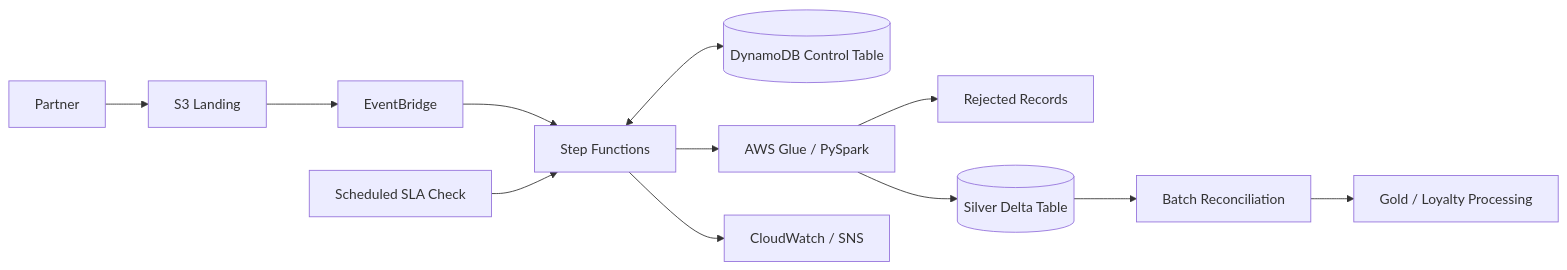
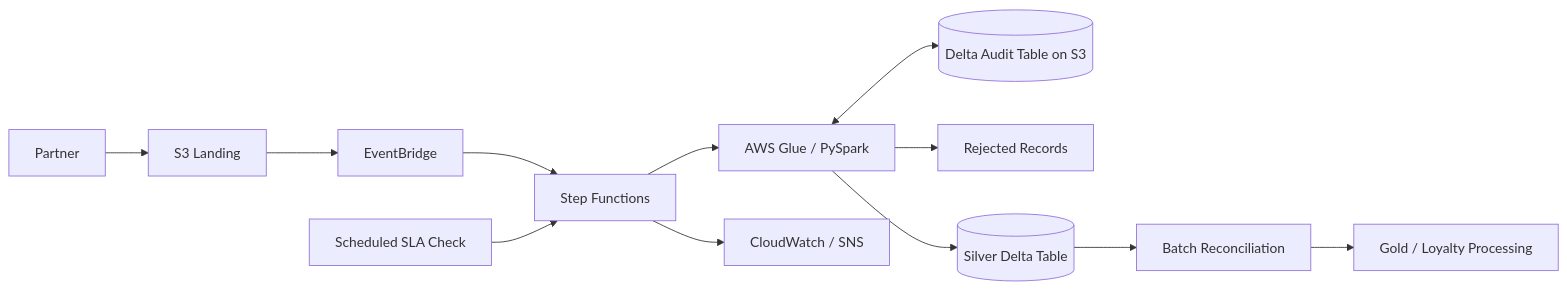
Before and after one commit to MrRobotSN/transaction-data-pipeline: the diagram in Architecture.md, drawn with Mermaid. The commit also changed other lines of this file and 1 other file, not shown here.

````diff
--- a/Architecture.md
+++ b/Architecture.md
@@ -7,14 +7,14 @@
 ```mermaid
 flowchart LR
     A[Partner] --> B[S3 Landing]
     B --> C[EventBridge]
     C --> D[Step Functions]
-    D <--> E[(DynamoDB Control Table)]
     D --> F[AWS Glue / PySpark]
+    F <--> E[(Delta Audit Table on S3)]
     F --> G[Rejected Records]
     F --> H[(Silver Delta Table)]
     H --> I[Batch Reconciliation]
     I --> J[Gold / Loyalty Processing]
     K[Scheduled SLA Check] --> D
     D --> L[CloudWatch / SNS]
 ```
````
